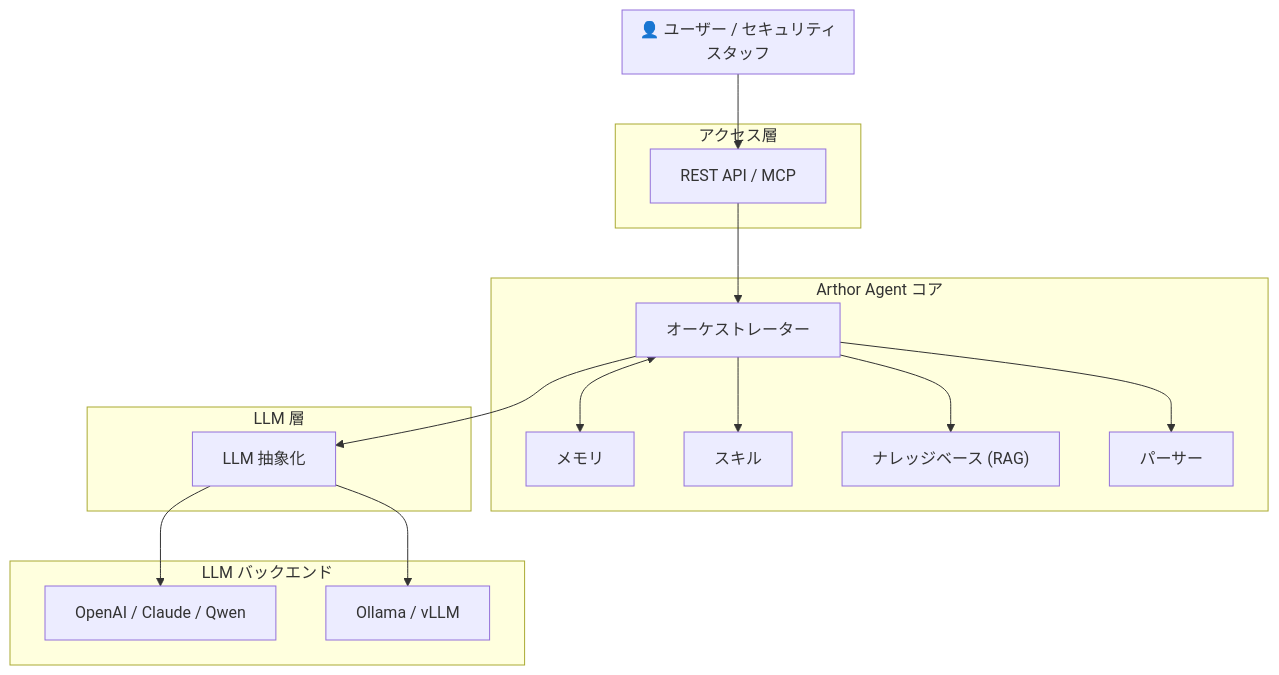
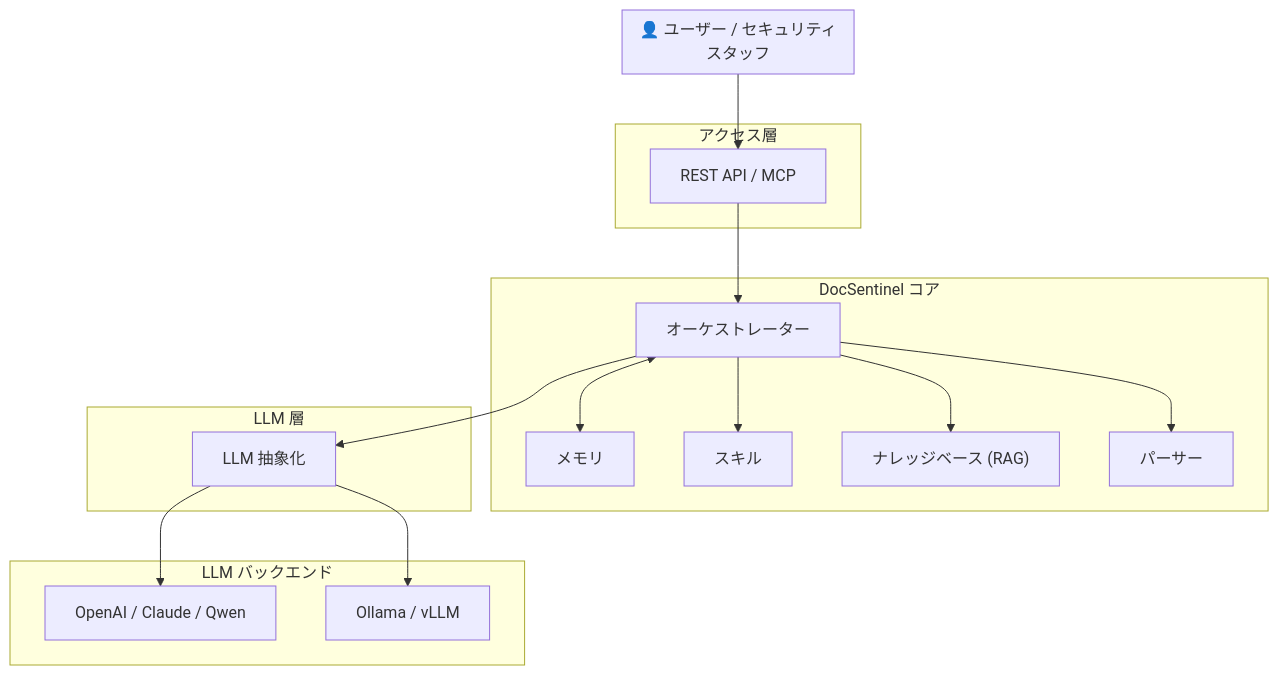
One commit to arthurpanhku/Arthor-Agent changed the diagram in README_ja.md. Above: the diagram before and after it, drawn with Mermaid. The commit also changed other lines of this file and 57 other files, not shown here.

````diff
--- a/README_ja.md
+++ b/README_ja.md
@@ -65,32 +65,32 @@
 ```mermaid
 flowchart TB
     subgraph User["👤 ユーザー / セキュリティスタッフ"]
     end
     subgraph Access["アクセス層"]
         API["REST API / MCP"]
     end
-    subgraph Core["Arthor Agent コア"]
+    subgraph Core["DocSentinel コア"]
         Orch["オーケストレーター"]
         Mem["メモリ"]
         Skill["スキル"]
         KB["ナレッジベース (RAG)"]
         Parser["パーサー"]
     end
     subgraph LLM["LLM 層"]
         Abst["LLM 抽象化"]
     end
     subgraph Backends["LLM バックエンド"]
         Cloud["OpenAI / Claude / Qwen"]
         Local["Ollama / vLLM"]
     end
 
     User --> API
     API --> Orch
     Orch <--> Mem
     Orch --> Skill
     Orch --> KB
     Orch --> Parser
     Orch --> Abst
     Abst --> Cloud
     Abst --> Local
 ```
````
